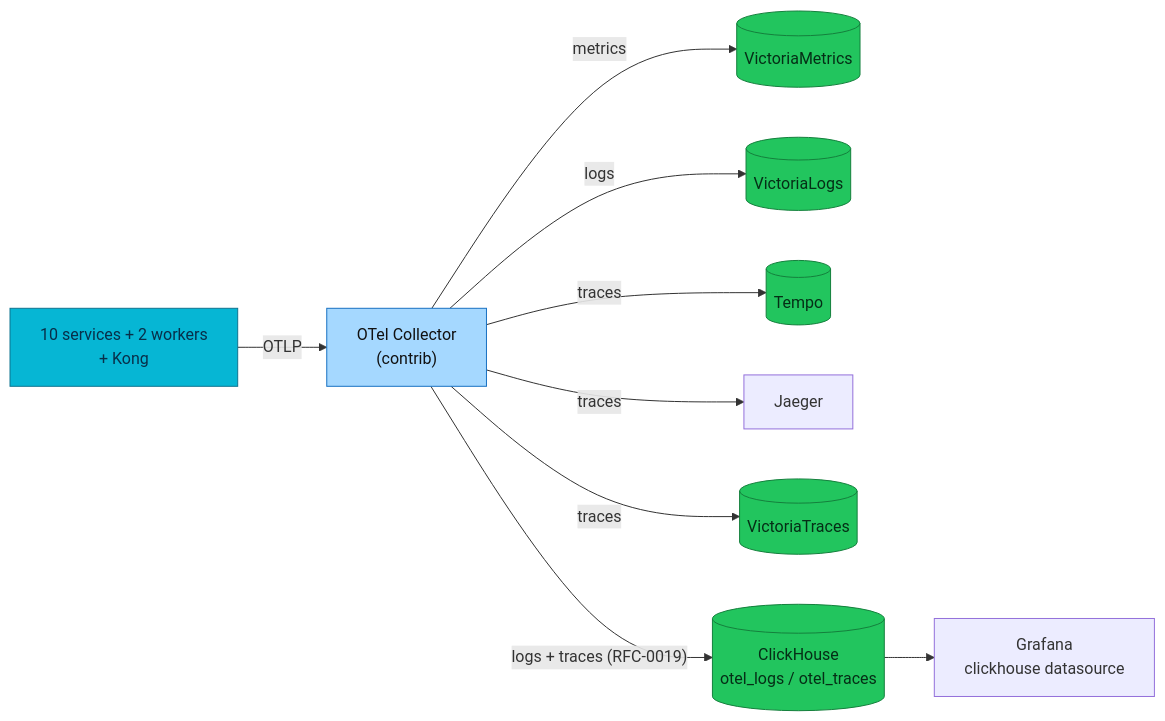
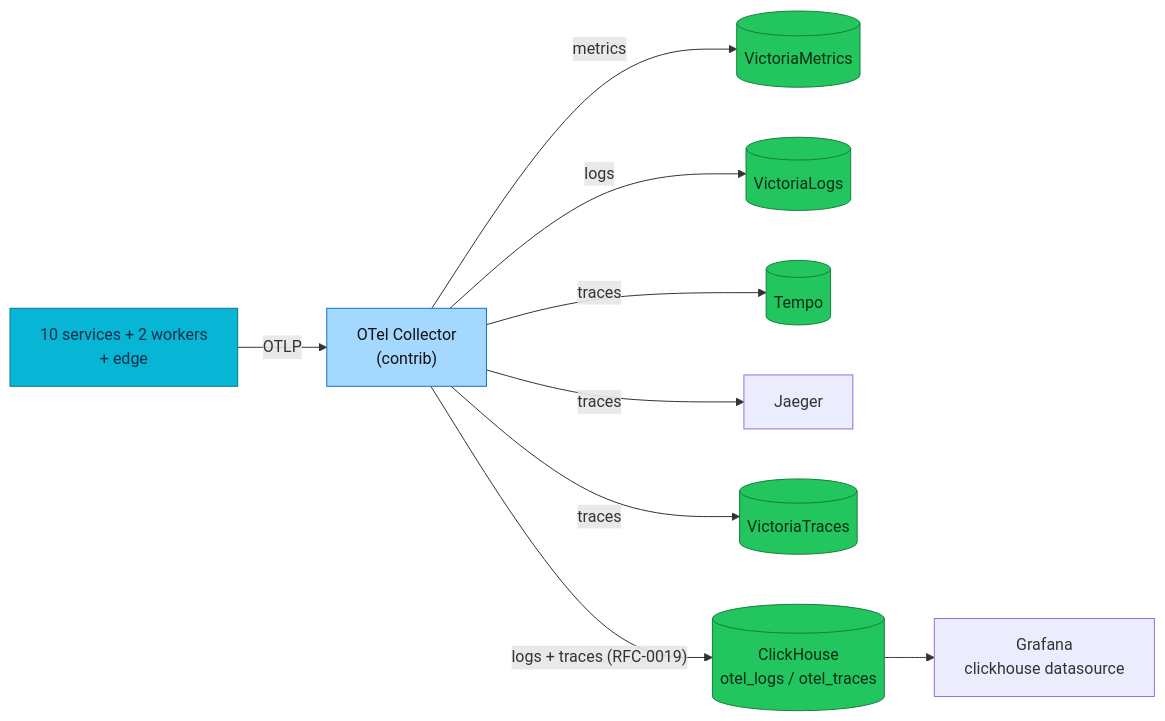
The third of 3 diagrams in docs/observability/clickhouse/README.md (duynhlab/homelab), drawn with Mermaid before and after one commit. The commit also changed other lines of this file and 30 other files, not shown here.

````diff
--- a/docs/observability/clickhouse/README.md
+++ b/docs/observability/clickhouse/README.md
@@ -166,18 +166,18 @@
 ```mermaid
 flowchart LR
-  Apps["10 services + 2 workers<br/>+ Kong"] -->|OTLP| Col["OTel Collector<br/>(contrib)"]
+  Apps["10 services + 2 workers<br/>+ edge"] -->|OTLP| Col["OTel Collector<br/>(contrib)"]
   Col -->|metrics| VM[("VictoriaMetrics")]
   Col -->|logs| VL[("VictoriaLogs")]
   Col -->|traces| Tempo[("Tempo")]
   Col -->|traces| Jae["Jaeger"]
   Col -->|traces| VT[("VictoriaTraces")]
   Col -->|"logs + traces (RFC-0019)"| CH[("ClickHouse<br/>otel_logs / otel_traces")]
   CH --> Graf["Grafana<br/>clickhouse datasource"]
 
   classDef service fill:#06b6d4,color:#082f49,stroke:#0e7490;
   classDef data fill:#22c55e,color:#052e16,stroke:#15803d;
   classDef collector fill:#a5d8ff,color:#111,stroke:#1971c2;
   class Apps service;
   class Col collector;
   class VM,VL,Tempo,VT,CH data;
 ```
````
